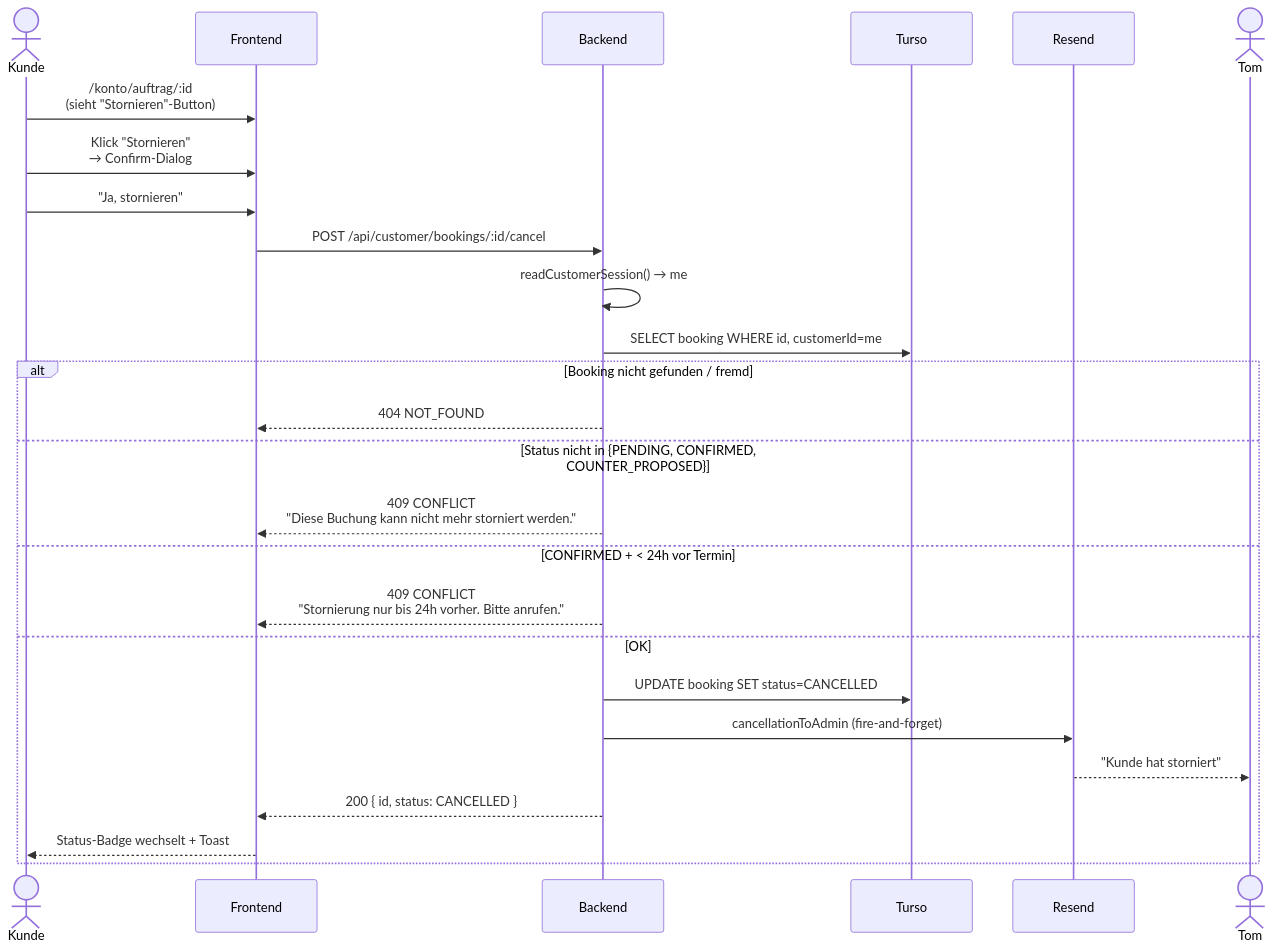
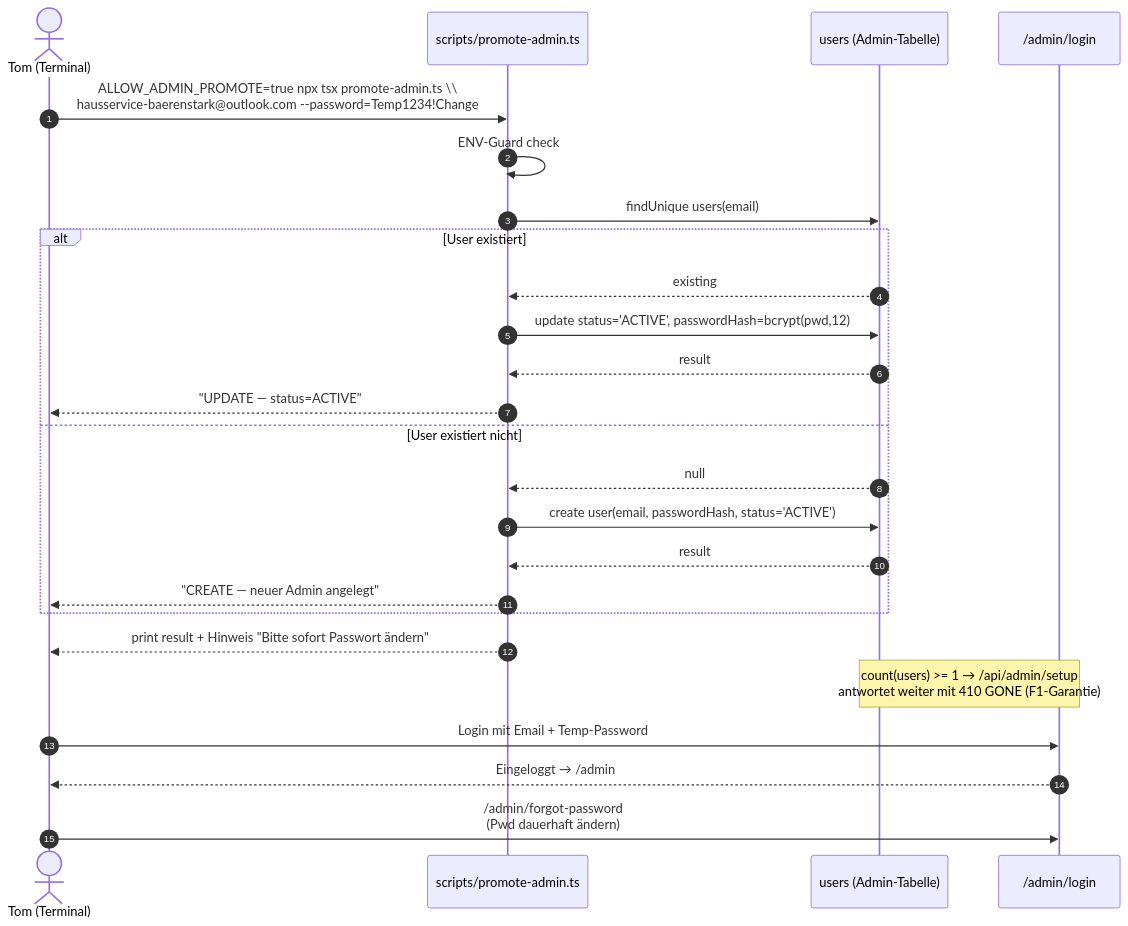
Before and after one commit to mikjung/baerenstark: the fourth of 4 diagrams in project/design/diagrams/architecture.md, drawn with Mermaid. The commit also changed other lines of this file and 45 other files, not shown here.

````diff
--- a/project/design/diagrams/architecture.md
+++ b/project/design/diagrams/architecture.md
@@ -190,29 +230,30 @@
 ```mermaid
 sequenceDiagram
-    actor Customer as Kunde
-    participant FE as Frontend
-    participant BE as Backend
-    participant DB as Turso
-    participant Mail as Resend
-    actor Tom
+    autonumber
+    actor Tom as Tom (Terminal)
+    participant CLI as scripts/promote-admin.ts
+    participant DB as users (Admin-Tabelle)
+    participant LoginUI as /admin/login
 
-    Customer->>FE: /konto/auftrag/:id<br/>(sieht "Stornieren"-Button)
-    Customer->>FE: Klick "Stornieren"<br/>→ Confirm-Dialog
-    Customer->>FE: "Ja, stornieren"
-    FE->>BE: POST /api/customer/bookings/:id/cancel
-    BE->>BE: readCustomerSession() → me
-    BE->>DB: SELECT booking WHERE id, customerId=me
-    alt Booking nicht gefunden / fremd
-        BE-->>FE: 404 NOT_FOUND
-    else Status nicht in {PENDING, CONFIRMED, COUNTER_PROPOSED}
-        BE-->>FE: 409 CONFLICT<br/>"Diese Buchung kann nicht mehr storniert werden."
-    else CONFIRMED + < 24h vor Termin
-        BE-->>FE: 409 CONFLICT<br/>"Stornierung nur bis 24h vorher. Bitte anrufen."
-    else OK
-        BE->>DB: UPDATE booking SET status=CANCELLED
-        BE->>Mail: cancellationToAdmin (fire-and-forget)
-        Mail-->>Tom: "Kunde hat storniert"
-        BE-->>FE: 200 { id, status: CANCELLED }
-        FE-->>Customer: Status-Badge wechselt + Toast
+    Tom->>CLI: ALLOW_ADMIN_PROMOTE=true npx tsx promote-admin.ts \\<br/>hausservice-baerenstark@outlook.com --password=Temp1234!Change
+    CLI->>CLI: ENV-Guard check
+    CLI->>DB: findUnique users(email)
+    alt User existiert
+      DB-->>CLI: existing
+      CLI->>DB: update status='ACTIVE', passwordHash=bcrypt(pwd,12)
+      DB-->>CLI: result
+      CLI-->>Tom: "UPDATE — status=ACTIVE"
+    else User existiert nicht
+      DB-->>CLI: null
+      CLI->>DB: create user(email, passwordHash, status='ACTIVE')
+      DB-->>CLI: result
+      CLI-->>Tom: "CREATE — neuer Admin angelegt"
     end
+    CLI-->>Tom: print result + Hinweis "Bitte sofort Passwort ändern"
+
+    Note over DB,LoginUI: count(users) >= 1 → /api/admin/setup<br/>antwortet weiter mit 410 GONE (F1-Garantie)
+
+    Tom->>LoginUI: Login mit Email + Temp-Password
+    LoginUI-->>Tom: Eingeloggt → /admin
+    Tom->>LoginUI: /admin/forgot-password<br/>(Pwd dauerhaft ändern)
 ```
````
